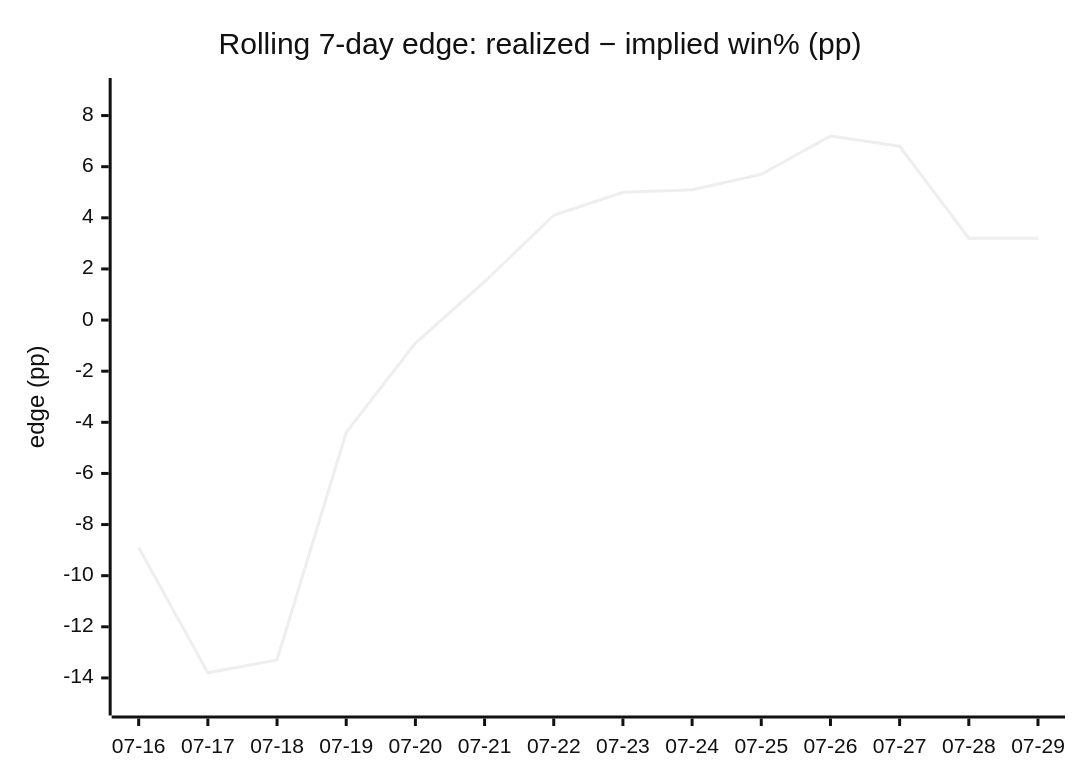
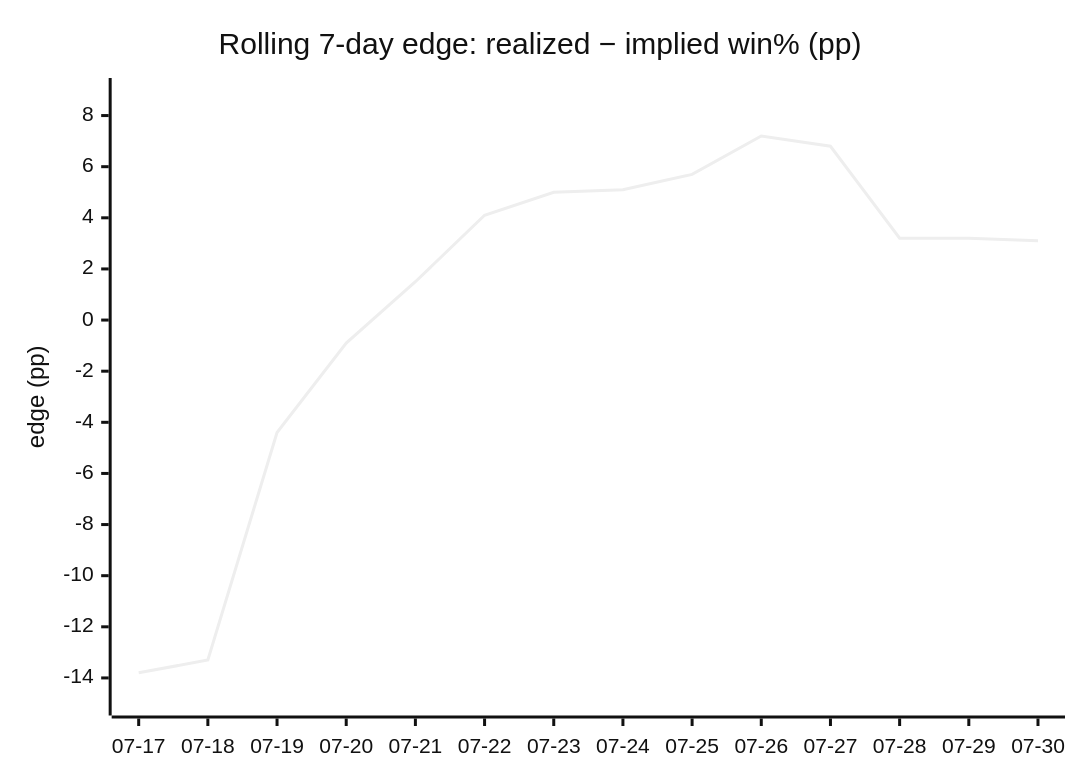
One commit to dpk1212/nhl-savant changed the fourth of 4 diagrams in DAILY_AGSU_REPORT.md. Above: the diagram before and after it, drawn with Mermaid (neutral theme). The commit also changed other lines of this file, not shown here.

````diff
--- a/DAILY_AGSU_REPORT.md
+++ b/DAILY_AGSU_REPORT.md
@@ -717,7 +723,7 @@
 ```mermaid
 xychart-beta
     title "Rolling 7-day edge: realized − implied win% (pp)"
-    x-axis ["07-16", "07-17", "07-18", "07-19", "07-20", "07-21", "07-22", "07-23", "07-24", "07-25", "07-26", "07-27", "07-28", "07-29"]
+    x-axis ["07-17", "07-18", "07-19", "07-20", "07-21", "07-22", "07-23", "07-24", "07-25", "07-26", "07-27", "07-28", "07-29", "07-30"]
     y-axis "edge (pp)" -15 --> 9
-    line [-8.9, -13.8, -13.3, -4.4, -0.9, 1.5, 4.1, 5, 5.1, 5.7, 7.2, 6.8, 3.2, 3.2]
+    line [-13.8, -13.3, -4.4, -0.9, 1.5, 4.1, 5, 5.1, 5.7, 7.2, 6.8, 3.2, 3.2, 3.1]
 ```
````
